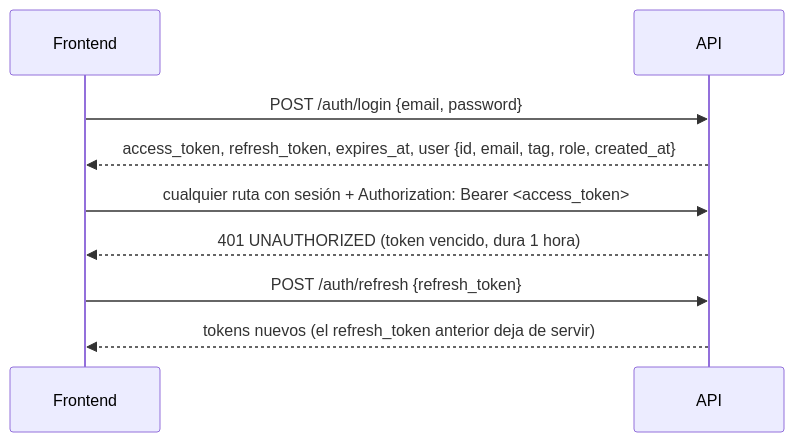
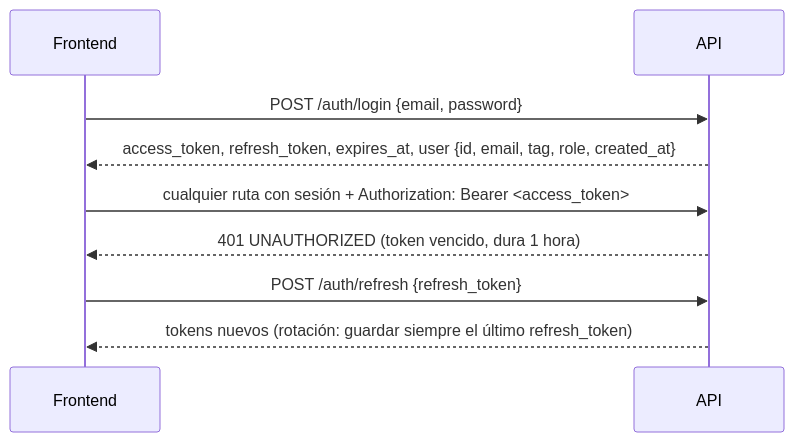
Before and after one commit to mchssj/v34frag: the first of 4 diagrams in docs/frontend/contract.md, drawn with Mermaid. The commit also changed other lines of this file and 5 other files, not shown here.

First line of the commit message:
docs(bitacora): demos desde el admin, refresh token en el contrato y pendientes

````diff
--- a/docs/frontend/contract.md
+++ b/docs/frontend/contract.md
@@ -31,11 +31,11 @@
 ```mermaid
 sequenceDiagram
   participant F as Frontend
   participant A as API
   F->>A: POST /auth/login {email, password}
   A-->>F: access_token, refresh_token, expires_at, user {id, email, tag, role, created_at}
   F->>A: cualquier ruta con sesión + Authorization: Bearer <access_token>
   A-->>F: 401 UNAUTHORIZED (token vencido, dura 1 hora)
   F->>A: POST /auth/refresh {refresh_token}
-  A-->>F: tokens nuevos (el refresh_token anterior deja de servir)
+  A-->>F: tokens nuevos (rotación: guardar siempre el último refresh_token)
 ```
````
